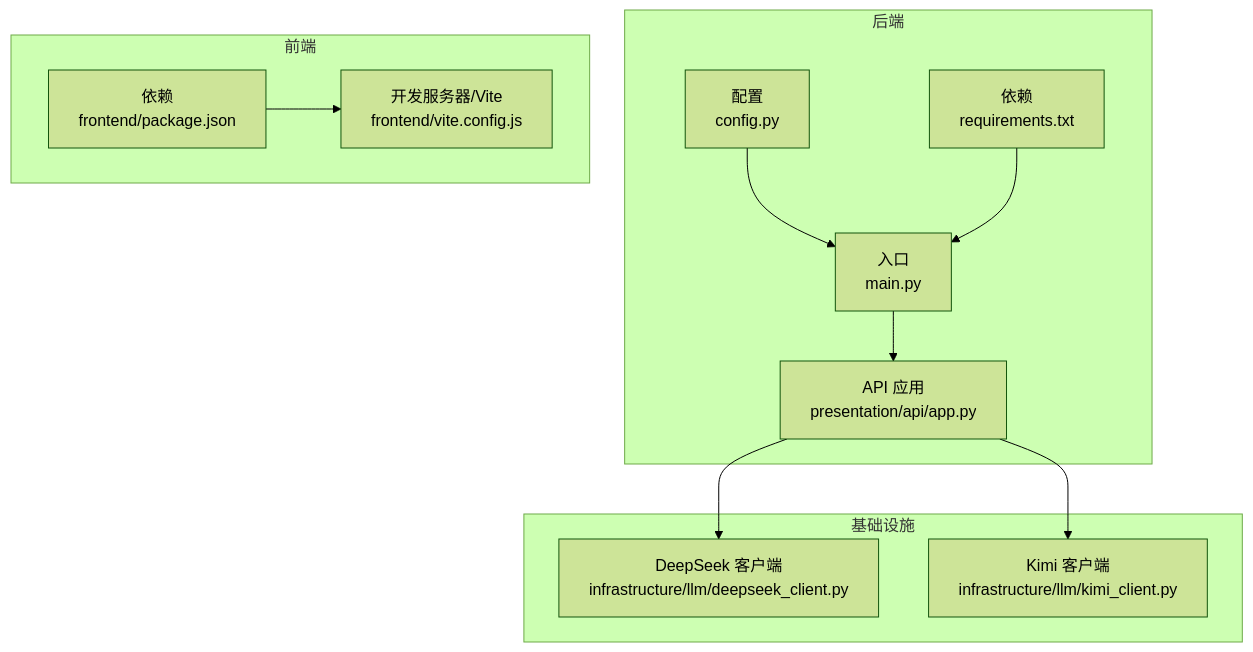
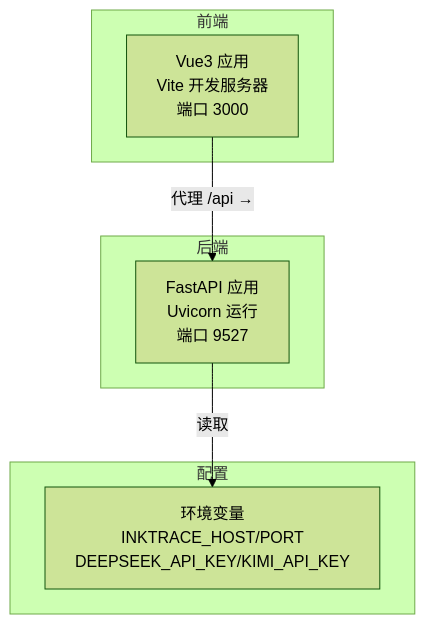
Before and after one commit to octsfm/InkTrace: the first of 7 diagrams in .qoder/repowiki/zh/content/快速开始.md, drawn with Mermaid (forest theme). The commit also changed other lines of this file and 179 other files, not shown here.

````diff
--- a/.qoder/repowiki/zh/content/快速开始.md
+++ b/.qoder/repowiki/zh/content/快速开始.md
@@ -65,22 +44,14 @@
 ```mermaid
 graph TB
+subgraph "前端"
+FE["Vue3 应用<br/>Vite 开发服务器<br/>端口 3000"]
+end
 subgraph "后端"
-CFG["配置<br/>config.py"]
-MAIN["入口<br/>main.py"]
-API["API 应用<br/>presentation/api/app.py"]
-DS["依赖<br/>requirements.txt"]
+API["FastAPI 应用<br/>Uvicorn 运行<br/>端口 9527"]
 end
-subgraph "前端"
-FE_PKG["依赖<br/>frontend/package.json"]
-VITE["开发服务器/Vite<br/>frontend/vite.config.js"]
+subgraph "配置"
+CFG["环境变量<br/>INKTRACE_HOST/PORT<br/>DEEPSEEK_API_KEY/KIMI_API_KEY"]
 end
-subgraph "基础设施"
-DS_DEEP["DeepSeek 客户端<br/>infrastructure/llm/deepseek_client.py"]
-DS_KIMI["Kimi 客户端<br/>infrastructure/llm/kimi_client.py"]
-end
-CFG --> MAIN --> API
-DS --> MAIN
-FE_PKG --> VITE
-API --> DS_DEEP
-API --> DS_KIMI
+FE --> |"代理 /api →"| API
+API --> |"读取"| CFG
 ```
````
